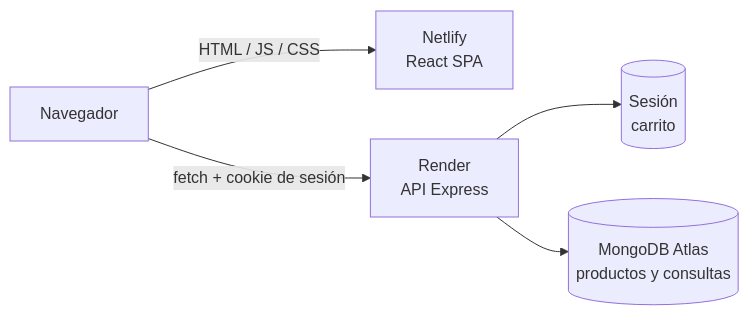
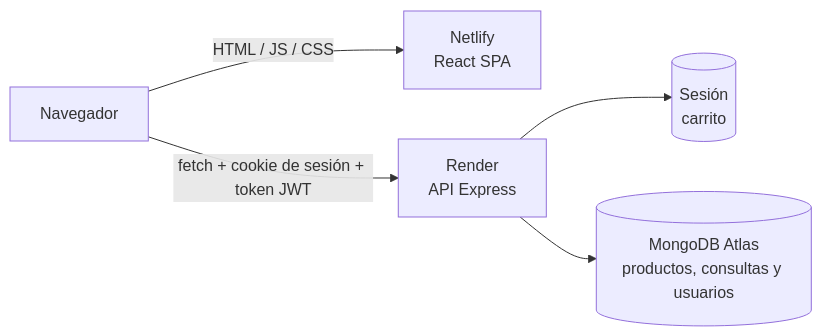
One commit to B3RZVS/MuebleriaHnosJota_FullStack changed the diagram in README.md. Above: the diagram before and after it, drawn with Mermaid.

Commit message:
docs: token jwt y usuarios en el diagrama

````diff
--- a/README.md
+++ b/README.md
@@ -227,7 +227,7 @@
 ```mermaid
 flowchart LR
     U[Navegador] -->|HTML / JS / CSS| N[Netlify<br/>React SPA]
-    U -->|fetch + cookie de sesión| R[Render<br/>API Express]
+    U -->|fetch + cookie de sesión + token JWT| R[Render<br/>API Express]
     R --> S[(Sesión<br/>carrito)]
-    R --> P[(MongoDB Atlas<br/>productos y consultas)]
+    R --> P[(MongoDB Atlas<br/>productos, consultas y usuarios)]
 ```
````
